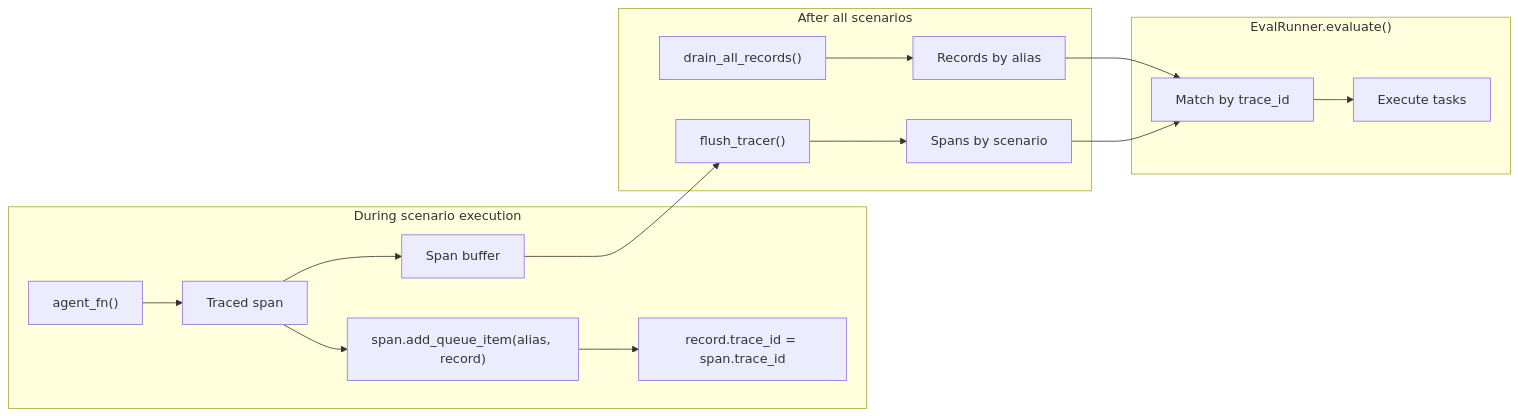
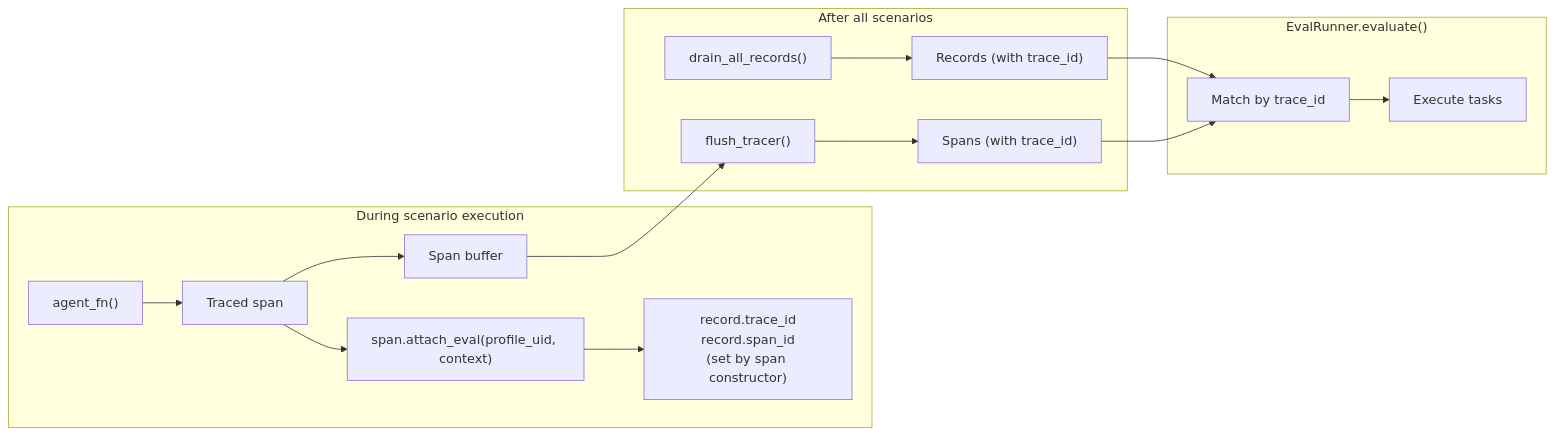
One commit to demml/scouter changed the second of 3 diagrams in docs/src/content/docs/evaluation-platform/offline-evaluation.mdx. Above: the diagram before and after it, drawn with Mermaid. The commit also changed other lines of this file and 11 other files, not shown here.

````diff
--- a/docs/src/content/docs/evaluation-platform/offline-evaluation.mdx
+++ b/docs/src/content/docs/evaluation-platform/offline-evaluation.mdx
@@ -94,21 +94,21 @@
 ```mermaid
 graph LR
     subgraph "During scenario execution"
         AF["agent_fn()"] --> S["Traced span"]
-        S --> QI["span.add_queue_item(alias, record)"]
-        QI --> TID["record.trace_id = span.trace_id"]
+        S --> QI["span.attach_eval(profile_uid, context)"]
+        QI --> TID["record.trace_id<br/>record.span_id<br/>(set by span constructor)"]
         S --> SB["Span buffer"]
     end
 
     subgraph "After all scenarios"
-        DR["drain_all_records()"] --> RR["Records by alias"]
+        DR["drain_all_records()"] --> RR["Records (with trace_id)"]
         SB --> FT["flush_tracer()"]
-        FT --> SS["Spans by scenario"]
+        FT --> SS["Spans (with trace_id)"]
     end
 
     subgraph "EvalRunner.evaluate()"
         RR --> M["Match by trace_id"]
         SS --> M
         M --> TE["Execute tasks"]
     end
 ```
````
